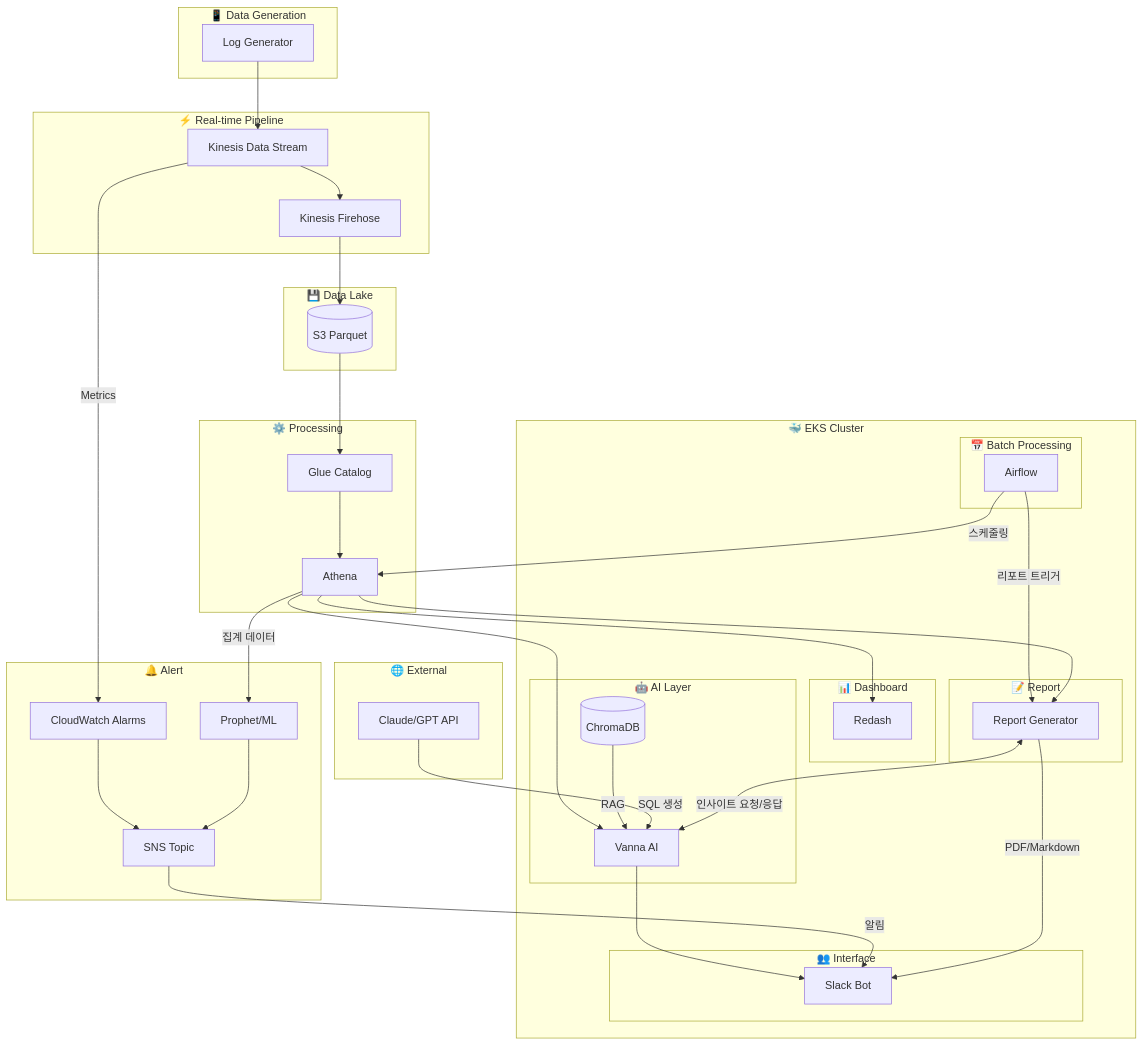
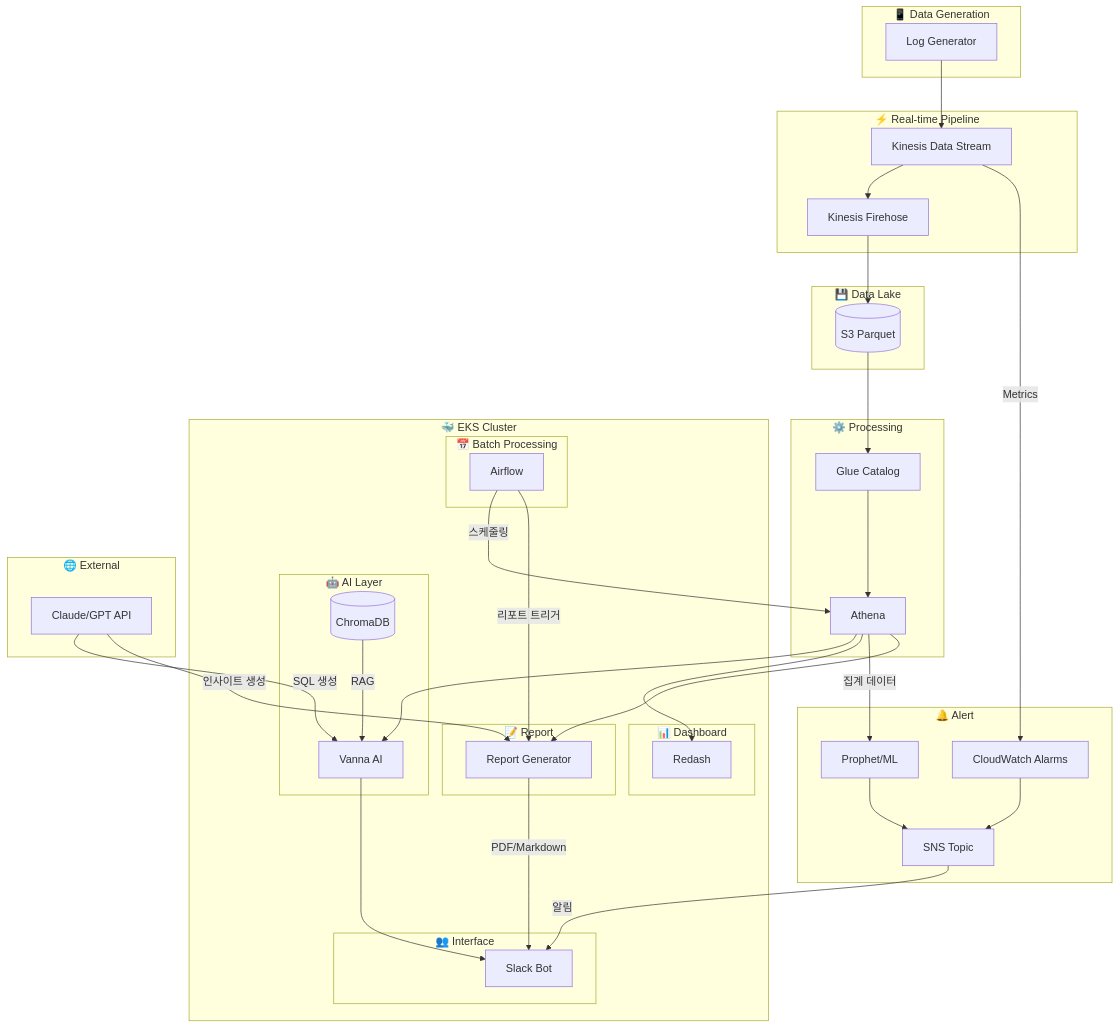
One commit to janghyunwoo2/CAPA changed the diagram in docs/t1/devops/devops_implementation_guide.md. Above: the diagram before and after it, drawn with Mermaid. The commit also changed other lines of this file and 85 other files, not shown here.

````diff
--- a/docs/t1/devops/devops_implementation_guide.md
+++ b/docs/t1/devops/devops_implementation_guide.md
@@ -86,82 +86,82 @@
 ```mermaid
 flowchart TB
     subgraph DataGen["📱 Data Generation"]
         LG[Log Generator]
     end
     
     subgraph Streaming["⚡ Real-time Pipeline"]
         KDS[Kinesis Data Stream]
         KDF[Kinesis Firehose]
     end
     
     subgraph Storage["💾 Data Lake"]
         S3[(S3 Parquet)]
     end
     
     subgraph Processing["⚙️ Processing"]
         GLU[Glue Catalog]
         ATH[Athena]
     end
     
     subgraph EKS["🐳 EKS Cluster"]
         subgraph Batch["📅 Batch Processing"]
             AIR[Airflow]
         end
         
         subgraph AI["🤖 AI Layer"]
             VAN[Vanna AI]
             CHR[(ChromaDB)]
         end
         
         subgraph Dashboard["📊 Dashboard"]
             RDS[Redash]
         end
         
         subgraph Report["📝 Report"]
             RPT[Report Generator]
         end
         
         subgraph Interface["👥 Interface"]
             SLK[Slack Bot]
         end
     end
     
     subgraph Alert["🔔 Alert"]
         CW[CloudWatch Alarms]
         SNS[SNS Topic]
         PRO[Prophet/ML]
     end
     
     subgraph External["🌐 External"]
         LLM[Claude/GPT API]
     end
 
     %% 데이터 흐름
     LG --> KDS --> KDF --> S3
     S3 --> GLU --> ATH
     
     %% 배치 처리
     AIR -->|스케줄링| ATH
     AIR -->|리포트 트리거| RPT
     
     %% AI Layer
     ATH --> VAN
     CHR -->|RAG| VAN
     LLM -->|SQL 생성| VAN
     VAN --> SLK
     
     %% Dashboard
     ATH --> RDS
     
     %% Alert
     KDS -->|Metrics| CW
     ATH -->|집계 데이터| PRO
     CW --> SNS
     PRO --> SNS
     SNS -->|알림| SLK
     
     %% Report
     ATH --> RPT
-    RPT <-->|인사이트 요청/응답| VAN
+    LLM -->|인사이트 생성| RPT
     RPT -->|PDF/Markdown| SLK
 ```
````
